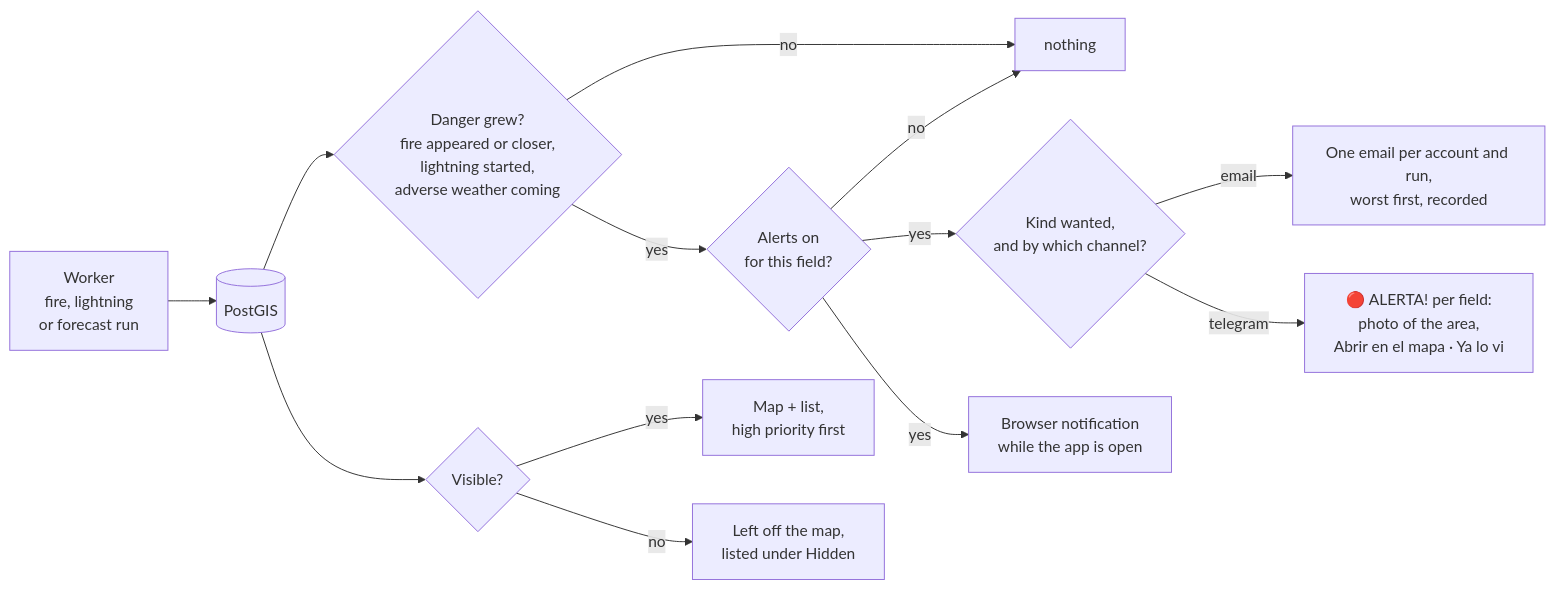
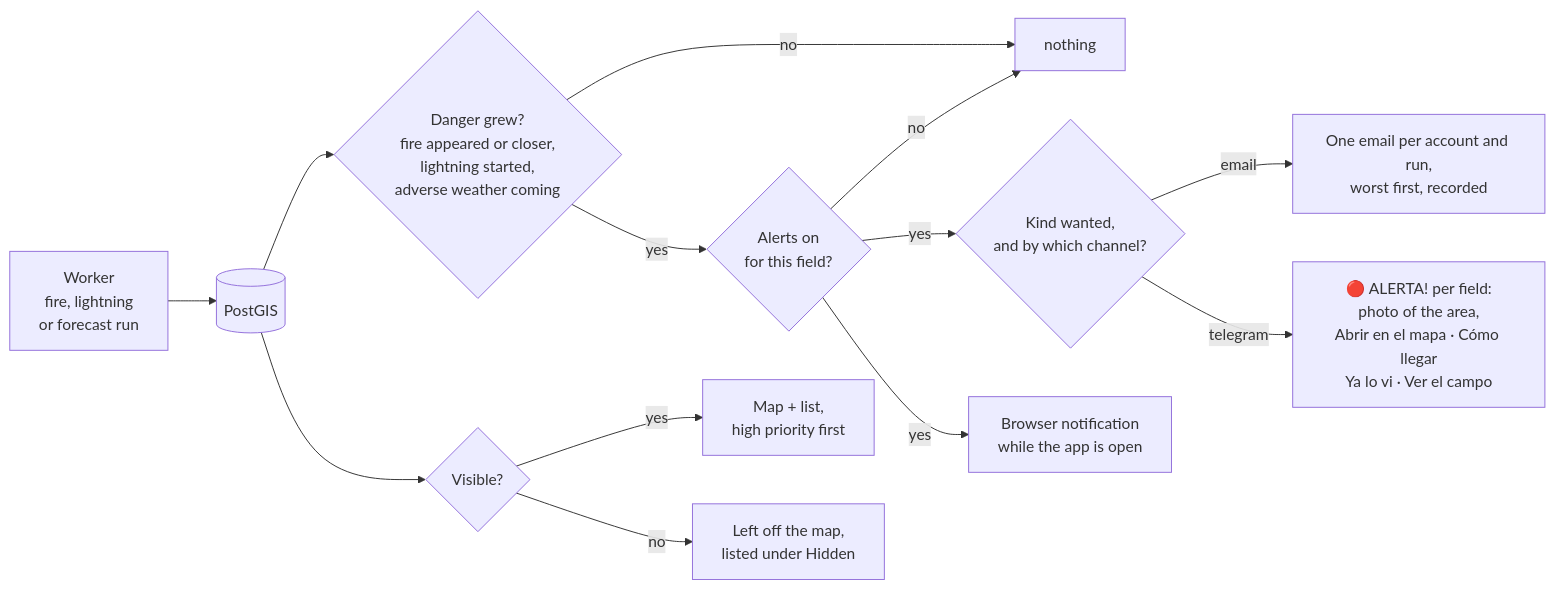
Diagram 11 of 20 in README.md (nickyperrone/Fire-Detection-System), drawn with Mermaid before and after one commit. The commit also changed other lines of this file, not shown here.

````diff
--- a/README.md
+++ b/README.md
@@ -357,15 +416,15 @@
 ```mermaid
 flowchart LR
     W["Worker<br/>fire, lightning<br/>or forecast run"] --> DB[("PostGIS")]
     DB --> G{"Danger grew?<br/>fire appeared or closer,<br/>lightning started,<br/>adverse weather coming"}
     G -- no --> X["nothing"]
     G -- yes --> A{"Alerts on<br/>for this field?"}
     A -- no --> X
     A -- yes --> K{"Kind wanted,<br/>and by which channel?"}
     K -- email --> E["One email per account and run,<br/>worst first, recorded"]
-    K -- telegram --> T["🔴 ALERTA! per field:<br/>photo of the area,<br/>Abrir en el mapa · Ya lo vi"]
+    K -- telegram --> T["🔴 ALERTA! per field:<br/>photo of the area,<br/>Abrir en el mapa · Cómo llegar<br/>Ya lo vi · Ver el campo"]
     A -- yes --> N["Browser notification<br/>while the app is open"]
     DB --> V{"Visible?"}
     V -- yes --> M["Map + list,<br/>high priority first"]
     V -- no --> H["Left off the map,<br/>listed under Hidden"]
 ```
````
